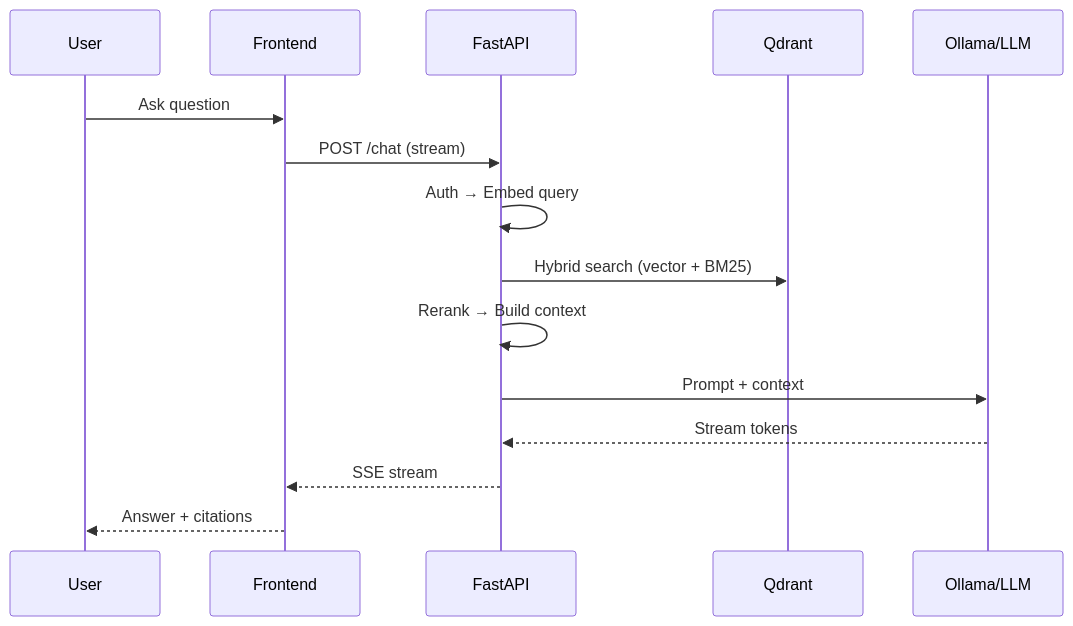
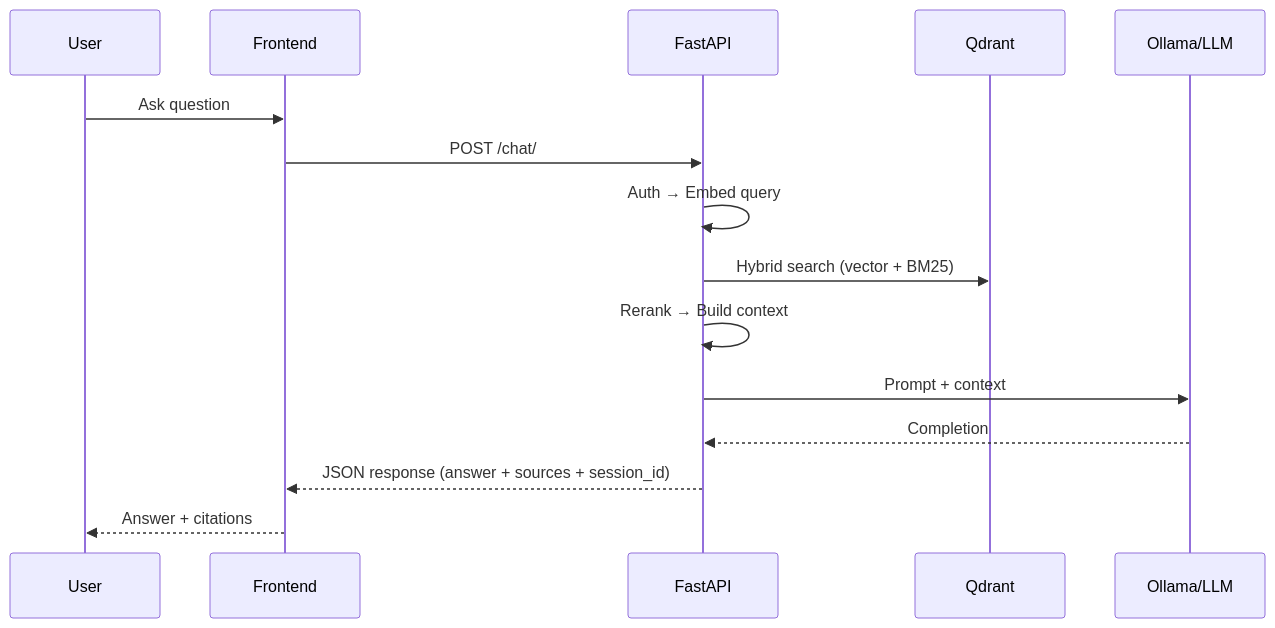
One commit to aniketgiri96/Ragnetic changed the third of 3 diagrams in docs/architecture/diagram.md. Above: the diagram before and after it, drawn with Mermaid. The commit also changed other lines of this file and 38 other files, not shown here.

````diff
--- a/docs/architecture/diagram.md
+++ b/docs/architecture/diagram.md
@@ -102,18 +102,18 @@
 ```mermaid
 sequenceDiagram
   participant U as User
   participant FE as Frontend
   participant API as FastAPI
   participant Qdrant as Qdrant
   participant LLM as Ollama/LLM
 
   U->>FE: Ask question
-  FE->>API: POST /chat (stream)
+  FE->>API: POST /chat/
   API->>API: Auth → Embed query
   API->>Qdrant: Hybrid search (vector + BM25)
   API->>API: Rerank → Build context
   API->>LLM: Prompt + context
-  LLM-->>API: Stream tokens
-  API-->>FE: SSE stream
+  LLM-->>API: Completion
+  API-->>FE: JSON response (answer + sources + session_id)
   FE-->>U: Answer + citations
 ```
````
